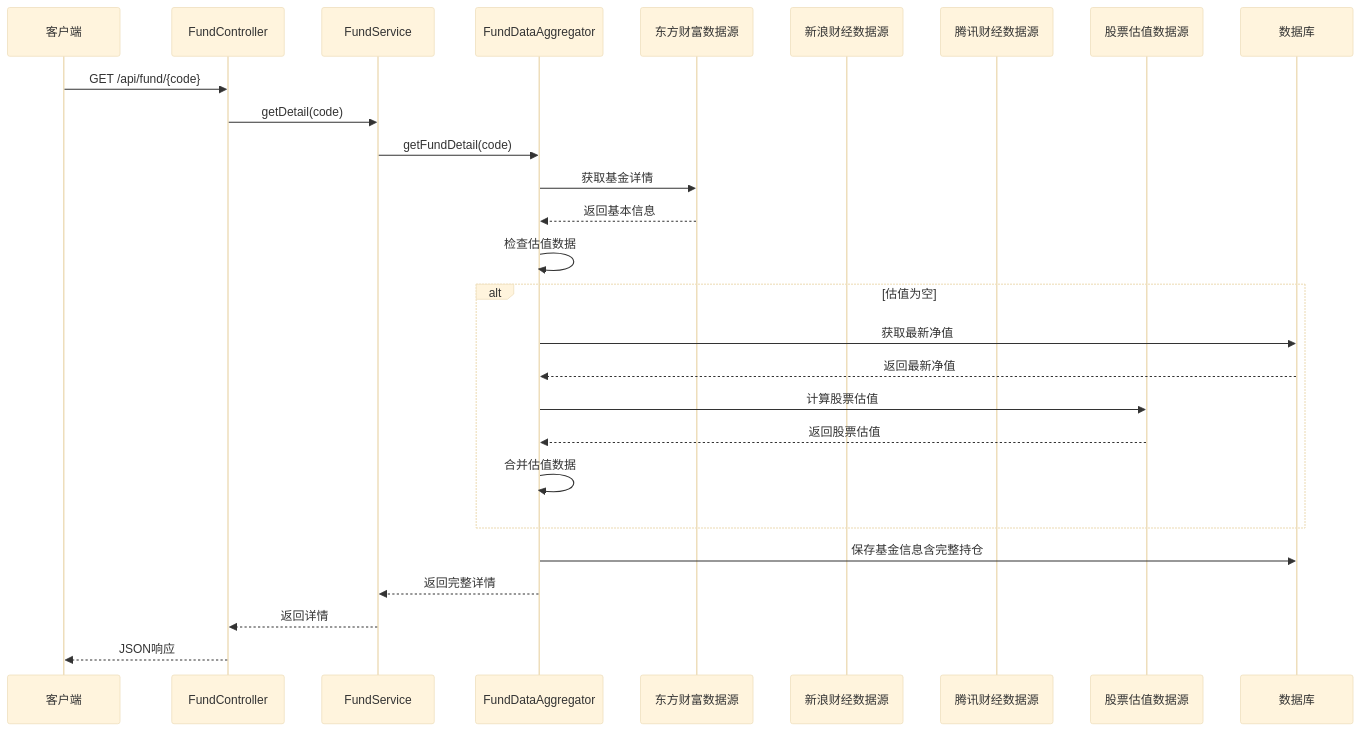
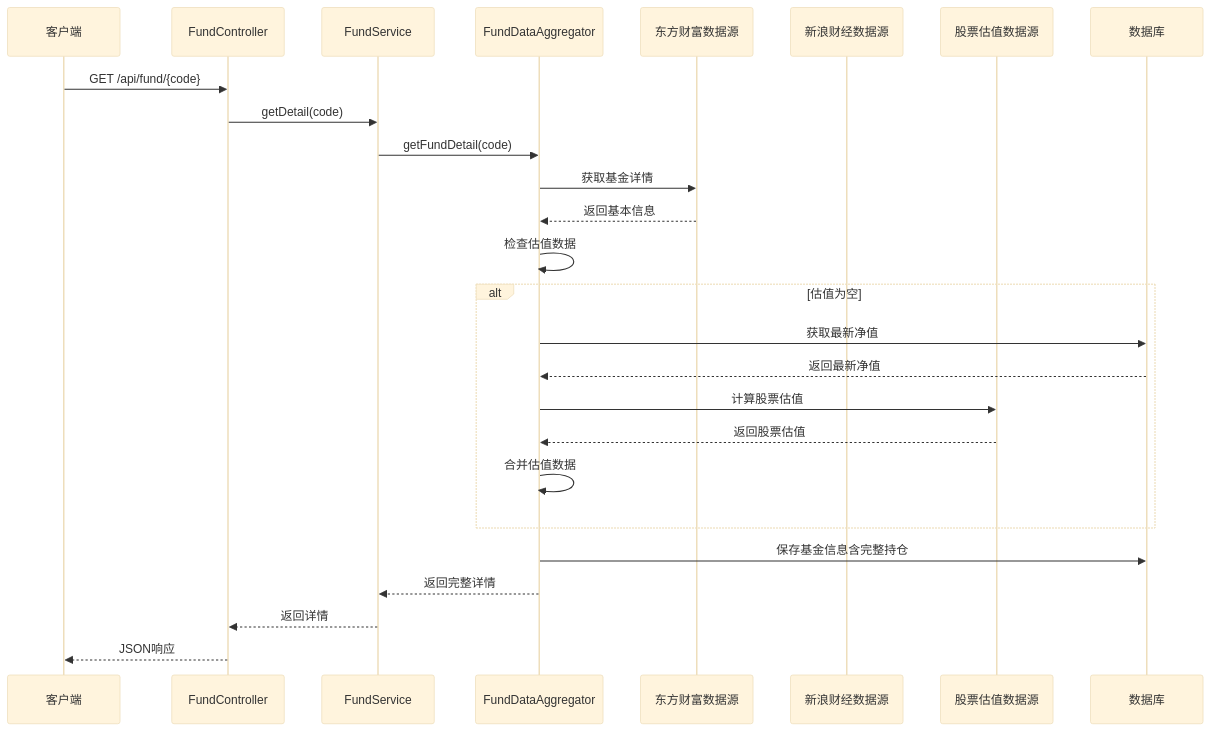
One commit to gree-coder/fund-butler changed diagram 18 of 28 in .qoder/repowiki/zh/content/核心功能开发/多源基金估值系统.md. Above: the diagram before and after it, drawn with Mermaid (base theme). The commit also changed other lines of this file and 5 other files, not shown here.

````diff
--- a/.qoder/repowiki/zh/content/核心功能开发/多源基金估值系统.md
+++ b/.qoder/repowiki/zh/content/核心功能开发/多源基金估值系统.md
@@ -754,29 +738,28 @@
 ```mermaid
 sequenceDiagram
 participant Client as 客户端
 participant Controller as FundController
 participant Service as FundService
 participant Aggregator as FundDataAggregator
 participant EM as 东方财富数据源
 participant Sina as 新浪财经数据源
-participant Tencent as 腾讯财经数据源
 participant Stock as 股票估值数据源
 participant DB as 数据库
 Client->>Controller : GET /api/fund/{code}
 Controller->>Service : getDetail(code)
 Service->>Aggregator : getFundDetail(code)
 Aggregator->>EM : 获取基金详情
 EM-->>Aggregator : 返回基本信息
 Aggregator->>Aggregator : 检查估值数据
 alt 估值为空
 Aggregator->>DB : 获取最新净值
 DB-->>Aggregator : 返回最新净值
 Aggregator->>Stock : 计算股票估值
 Stock-->>Aggregator : 返回股票估值
 Aggregator->>Aggregator : 合并估值数据
 end
 Aggregator->>DB : 保存基金信息含完整持仓
 Aggregator-->>Service : 返回完整详情
 Service-->>Controller : 返回详情
 Controller-->>Client : JSON响应
 ```
````
